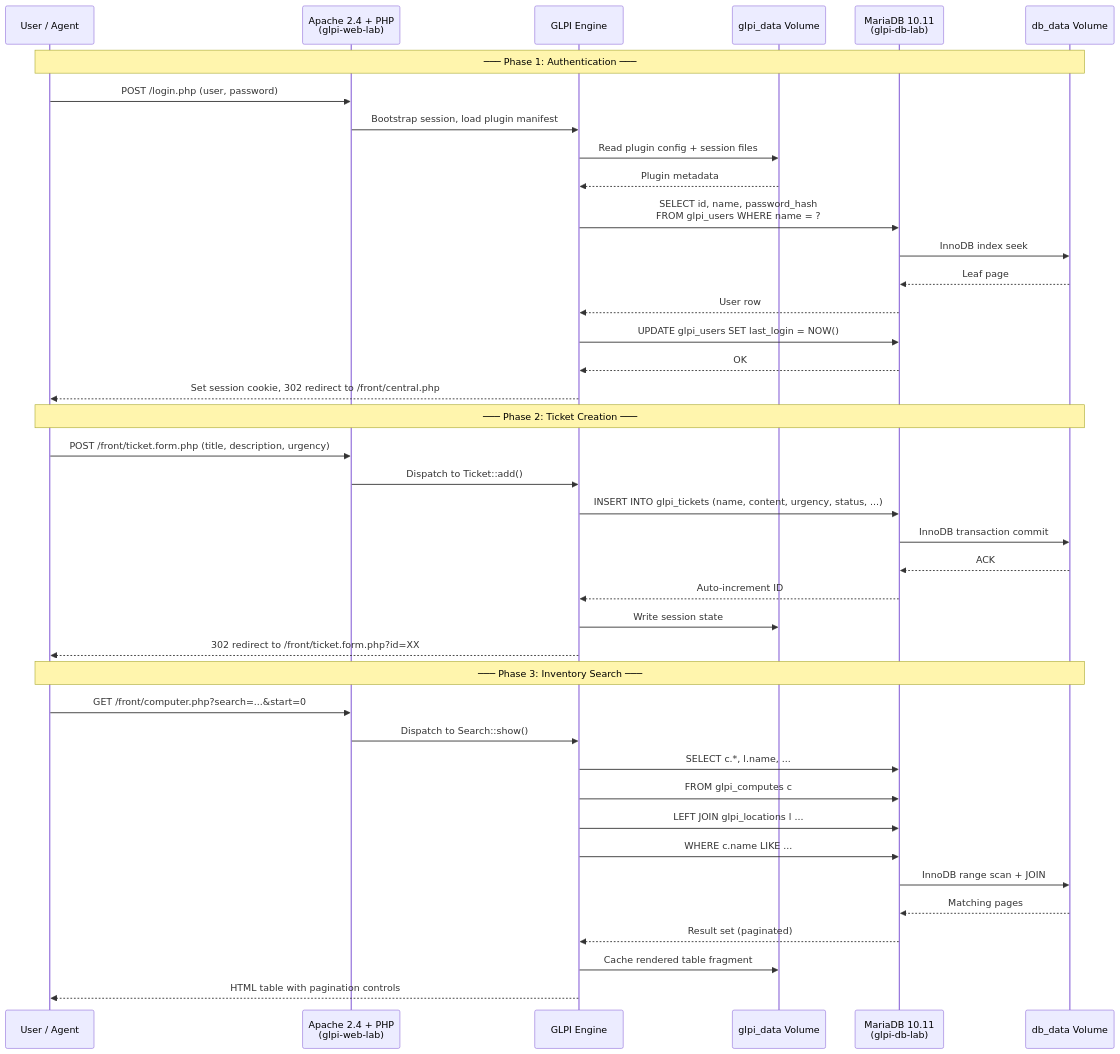
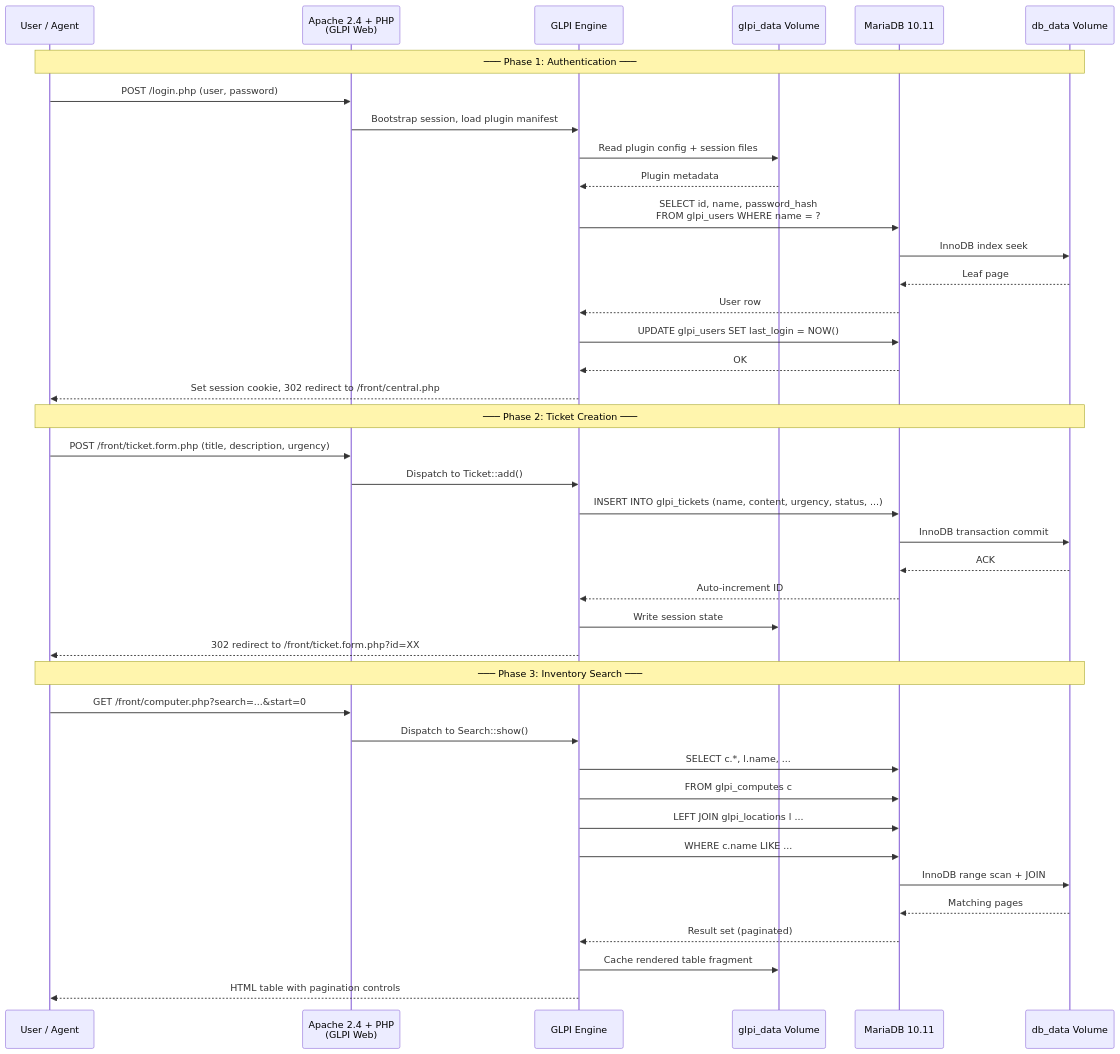
Before and after one commit to Selio30/imagenesDocker: the second of 5 diagrams in GLPI/README.md, drawn with Mermaid. The commit also changed other lines of this file, not shown here.

Commit message:
[DOCS] Update prerequisites and align architecture diagrams to fix Qodo warnings

````diff
--- a/GLPI/README.md
+++ b/GLPI/README.md
@@ -66,45 +66,45 @@
 ```mermaid
 sequenceDiagram
     participant U as User / Agent
-    participant A as Apache 2.4 + PHP<br/>(glpi-web-lab)
+    participant A as Apache 2.4 + PHP<br/>(GLPI Web)
     participant S as GLPI Engine
     participant F as glpi_data Volume
-    participant M as MariaDB 10.11<br/>(glpi-db-lab)
+    participant M as MariaDB 10.11
     participant D as db_data Volume
 
     Note over U,D: ─── Phase 1: Authentication ───
     U->>A: POST /login.php (user, password)
     A->>S: Bootstrap session, load plugin manifest
     S->>F: Read plugin config + session files
     F-->>S: Plugin metadata
     S->>M: SELECT id, name, password_hash<br/>FROM glpi_users WHERE name = ?
     M->>D: InnoDB index seek
     D-->>M: Leaf page
     M-->>S: User row
     S->>M: UPDATE glpi_users SET last_login = NOW()
     M-->>S: OK
     S-->>U: Set session cookie, 302 redirect to /front/central.php
 
     Note over U,D: ─── Phase 2: Ticket Creation ───
     U->>A: POST /front/ticket.form.php (title, description, urgency)
     A->>S: Dispatch to Ticket::add()
     S->>M: INSERT INTO glpi_tickets (name, content, urgency, status, ...)
     M->>D: InnoDB transaction commit
     D-->>M: ACK
     M-->>S: Auto-increment ID
     S->>F: Write session state
     S-->>U: 302 redirect to /front/ticket.form.php?id=XX
 
     Note over U,D: ─── Phase 3: Inventory Search ───
     U->>A: GET /front/computer.php?search=...&start=0
     A->>S: Dispatch to Search::show()
     S->>M: SELECT c.*, l.name, ...
     S->>M: FROM glpi_computes c
     S->>M: LEFT JOIN glpi_locations l ...
     S->>M: WHERE c.name LIKE ...
     M->>D: InnoDB range scan + JOIN
     D-->>M: Matching pages
     M-->>S: Result set (paginated)
     S->>F: Cache rendered table fragment
     S-->>U: HTML table with pagination controls
 ```
````
